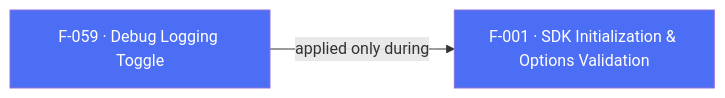
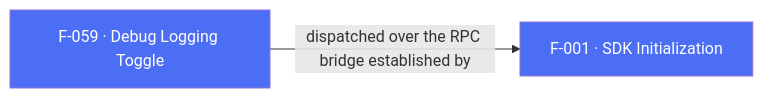
The diagram in internal-docs/features/F-059-debug-logging-toggle.md (AppsFlyerSDK/appsflyer-flutter-plugin), drawn with Mermaid before and after one commit. The commit also changed other lines of this file and 101 other files, not shown here.

Commit message:
[DELIVERY-125863] Migrate Flutter plugin to AppsFlyer SDK 7 RPC architecture

````diff
--- a/internal-docs/features/F-059-debug-logging-toggle.md
+++ b/internal-docs/features/F-059-debug-logging-toggle.md
@@ -72,5 +73,5 @@
 ```mermaid
 flowchart LR
-    F059["F-059 · Debug Logging Toggle"]:::sdkCore -->|"applied only during"| F001["F-001 · SDK Initialization & Options Validation"]:::sdkCore
+    F059["F-059 · Debug Logging Toggle"]:::sdkCore -->|"dispatched over the RPC bridge established by"| F001["F-001 · SDK Initialization"]:::sdkCore
     classDef sdkCore fill:#4C6EF5,color:#fff
 ```
````
